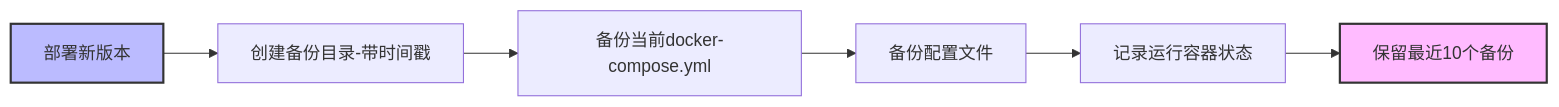
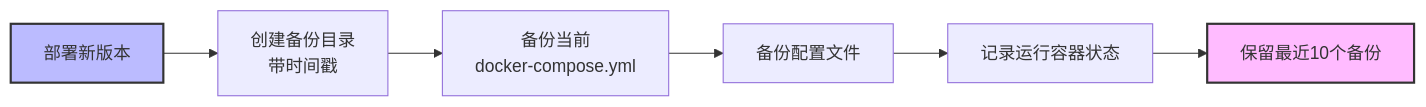
The eighth of 12 diagrams in docs/VOLTAGEEMS_CICD_ARCHITECTURE.md (EvanL1/VoltageEMS), drawn with Mermaid before and after one commit. The commit also changed other lines of this file and 45 other files, not shown here.

````diff
--- a/docs/VOLTAGEEMS_CICD_ARCHITECTURE.md
+++ b/docs/VOLTAGEEMS_CICD_ARCHITECTURE.md
@@ -539,11 +529,11 @@
 ```mermaid
 flowchart LR
-    A[部署新版本] --> B[创建备份目录-带时间戳]
-    B --> C[备份当前docker-compose.yml]
+    A[部署新版本] --> B[创建备份目录<br/>带时间戳]
+    B --> C[备份当前<br/>docker-compose.yml]
     C --> D[备份配置文件]
     D --> E[记录运行容器状态]
     E --> F[保留最近10个备份]
   
     style A fill:#bbf,stroke:#333,stroke-width:2px
     style F fill:#fbf,stroke:#333,stroke-width:2px
 ```
````
